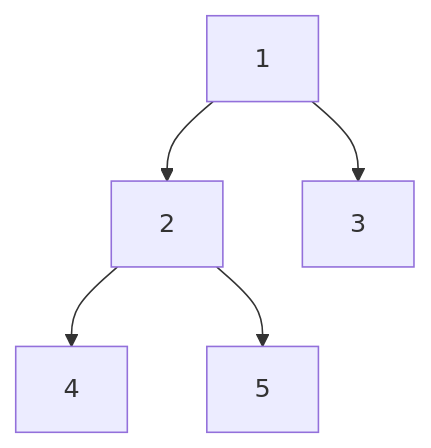
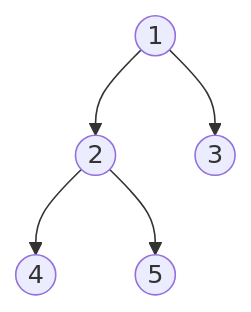
The second of 2 diagrams in DE Shaw/Intern (2023)/max_sum_special_move.md (bhargabdhungel/CodingRounds), drawn with Mermaid before and after one commit. The commit also changed other lines of this file, not shown here.

````diff
--- a/DE Shaw/Intern (2023)/max_sum_special_move.md
+++ b/DE Shaw/Intern (2023)/max_sum_special_move.md
@@ -63,7 +63,7 @@
 ```mermaid
 graph TD;
-    1 --> 2
-    1 --> 3
-    2 --> 4
-    2 --> 5
+    1((1)) --> 2((2))
+    1 --> 3((3))
+    2 --> 4((4))
+    2 --> 5((5))
 ```
````
